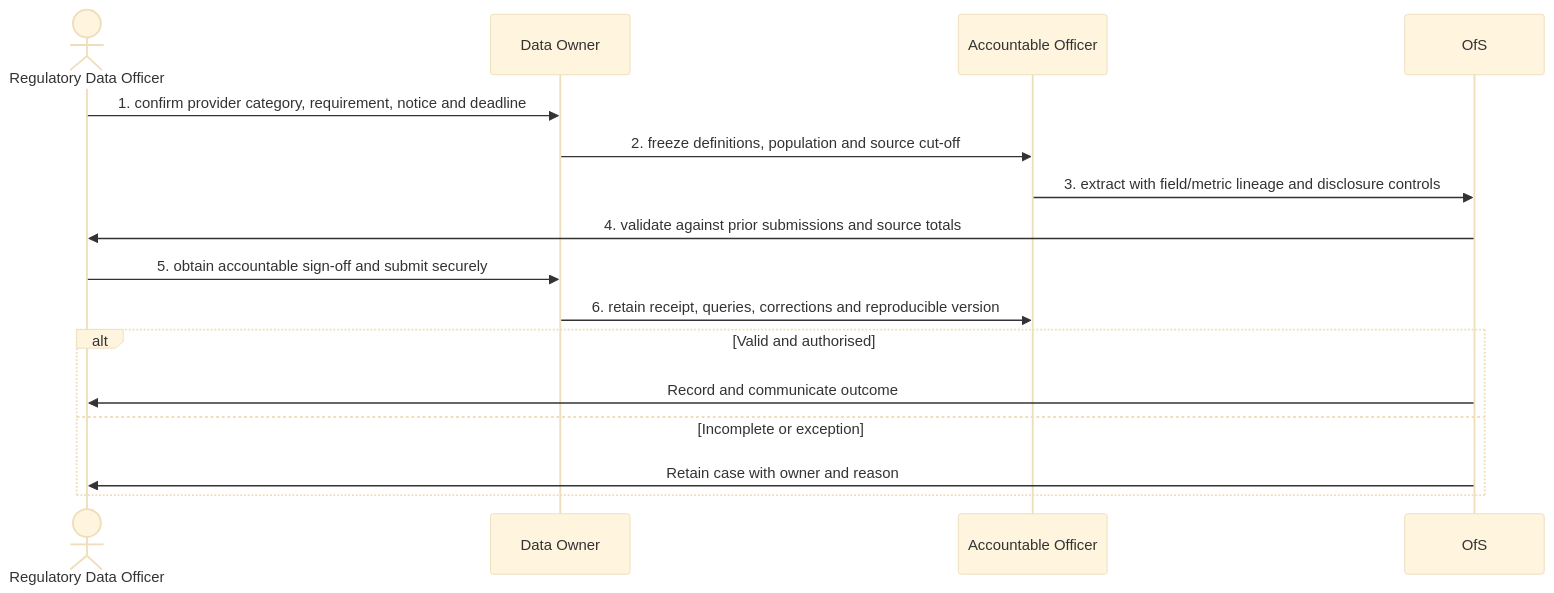
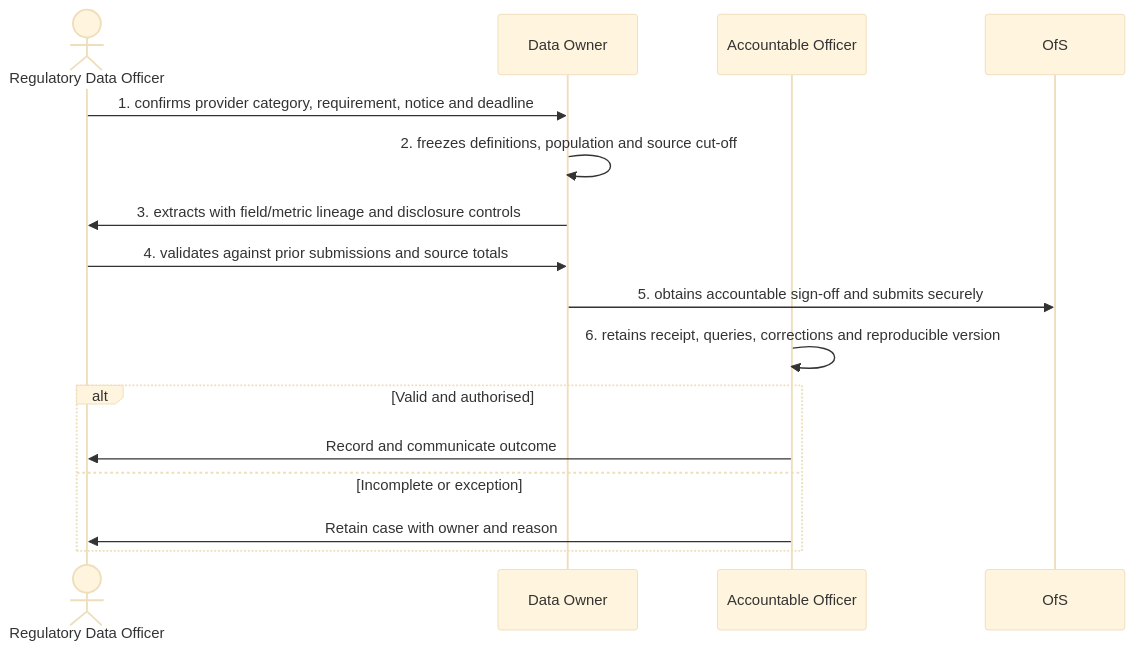
Before and after one commit to RevelationCore/Revelation-SRS: the diagram in docs/business-processes/07-regulatory-and-statutory-reporting/bp-07-004-produce-ofs-regulatory-extracts.md, drawn with Mermaid (base theme). The commit also changed other lines of this file and 96 other files, not shown here.

````diff
--- a/docs/business-processes/07-regulatory-and-statutory-reporting/bp-07-004-produce-ofs-regulatory-extracts.md
+++ b/docs/business-processes/07-regulatory-and-statutory-reporting/bp-07-004-produce-ofs-regulatory-extracts.md
@@ -158,18 +158,18 @@
 ```mermaid
 sequenceDiagram
     actor A1 as Regulatory Data Officer
     participant A2 as Data Owner
     participant A3 as Accountable Officer
     participant A4 as OfS
-    A1->>A2: 1. confirm provider category, requirement, notice and deadline
-    A2->>A3: 2. freeze definitions, population and source cut-off
-    A3->>A4: 3. extract with field/metric lineage and disclosure controls
-    A4->>A1: 4. validate against prior submissions and source totals
-    A1->>A2: 5. obtain accountable sign-off and submit securely
-    A2->>A3: 6. retain receipt, queries, corrections and reproducible version
+    A1->>A2: 1. confirms provider category, requirement, notice and deadline
+    A2->>A2: 2. freezes definitions, population and source cut-off
+    A2->>A1: 3. extracts with field/metric lineage and disclosure controls
+    A1->>A2: 4. validates against prior submissions and source totals
+    A2->>A4: 5. obtains accountable sign-off and submits securely
+    A3->>A3: 6. retains receipt, queries, corrections and reproducible version
     alt Valid and authorised
-        A4->>A1: Record and communicate outcome
+        A3->>A1: Record and communicate outcome
     else Incomplete or exception
-        A4->>A1: Retain case with owner and reason
+        A3->>A1: Retain case with owner and reason
     end
 ```
````
